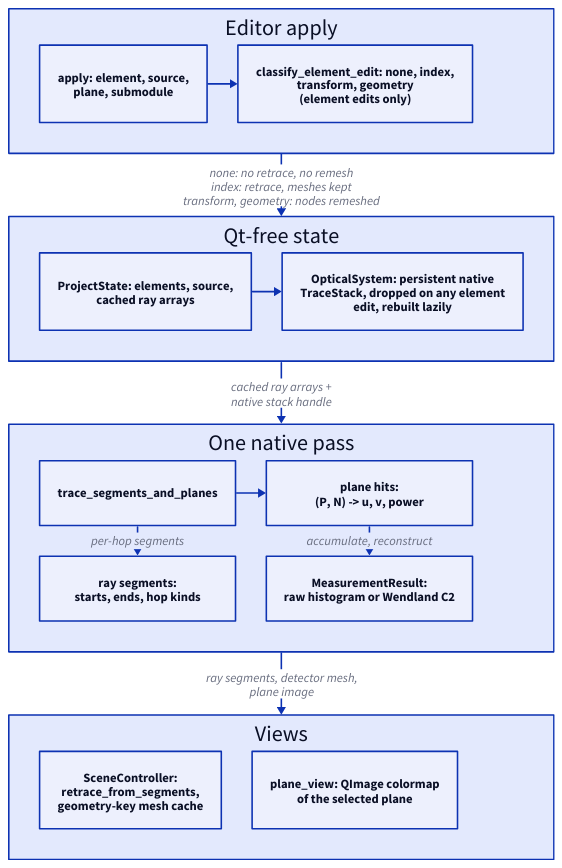
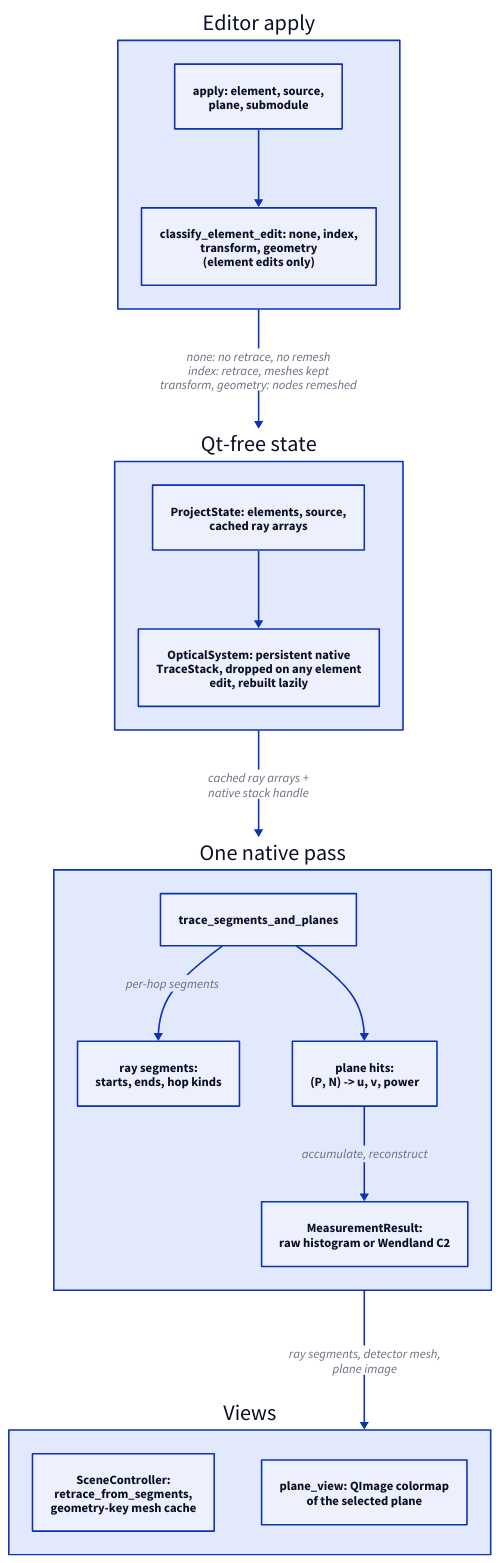
One commit to propane865/OpticsSimulator changed the diagram in docs/diagrams/refresh-dataflow.d2. Above: the diagram before and after it, drawn with D2. The commit also changed 14 other files, not shown here.

Commit message:
docs: update diagrams to be cleaner, include diagram regenerator script

```diff
--- a/docs/diagrams/refresh-dataflow.d2
+++ b/docs/diagrams/refresh-dataflow.d2
@@ -1,44 +1,39 @@
-grid-rows: 4
-grid-gap: 80
+direction: down
 
 cmd: "Editor apply" {
-  grid-columns: 2
-  grid-gap: 39
+  direction: right
   ed: "apply: element, source,\nplane, submodule"
   cls: "classify_element_edit: none, index,\ntransform, geometry\n(element edits only)"
 
   ed -> cls
 }
 
 st: "Qt-free state" {
-  grid-columns: 2
-  grid-gap: 39
+  direction: right
   state: "ProjectState: elements, source,\ncached ray arrays"
   sys: "OpticalSystem: persistent native\nTraceStack, dropped on any element\nedit, rebuilt lazily"
 
   state -> sys
 }
 
 nat: "One native pass" {
-  grid-columns: 2
-  grid-gap: 39
+  direction: right
   fused: trace_segments_and_planes
   segs: "ray segments:\nstarts, ends, hop kinds"
   hits: "plane hits:\n(P, N) -> u, v, power"
   res: "MeasurementResult:\nraw histogram or Wendland C2"
 
   fused -> segs: "per-hop segments"
   fused -> hits
   hits -> res: "accumulate, reconstruct"
 }
 
 views: "Views" {
-  grid-columns: 2
-  grid-gap: 39
+  direction: right
   scene: "SceneController:\nretrace_from_segments,\ngeometry-key mesh cache"
   pview: "plane_view: QImage colormap\nof the selected plane"
 }
 
 cmd -> st: "none: no retrace, no remesh\nindex: retrace, meshes kept\ntransform, geometry: nodes remeshed"
 st -> nat: "cached ray arrays +\nnative stack handle"
 nat -> views: "ray segments, detector mesh,\nplane image"
```
